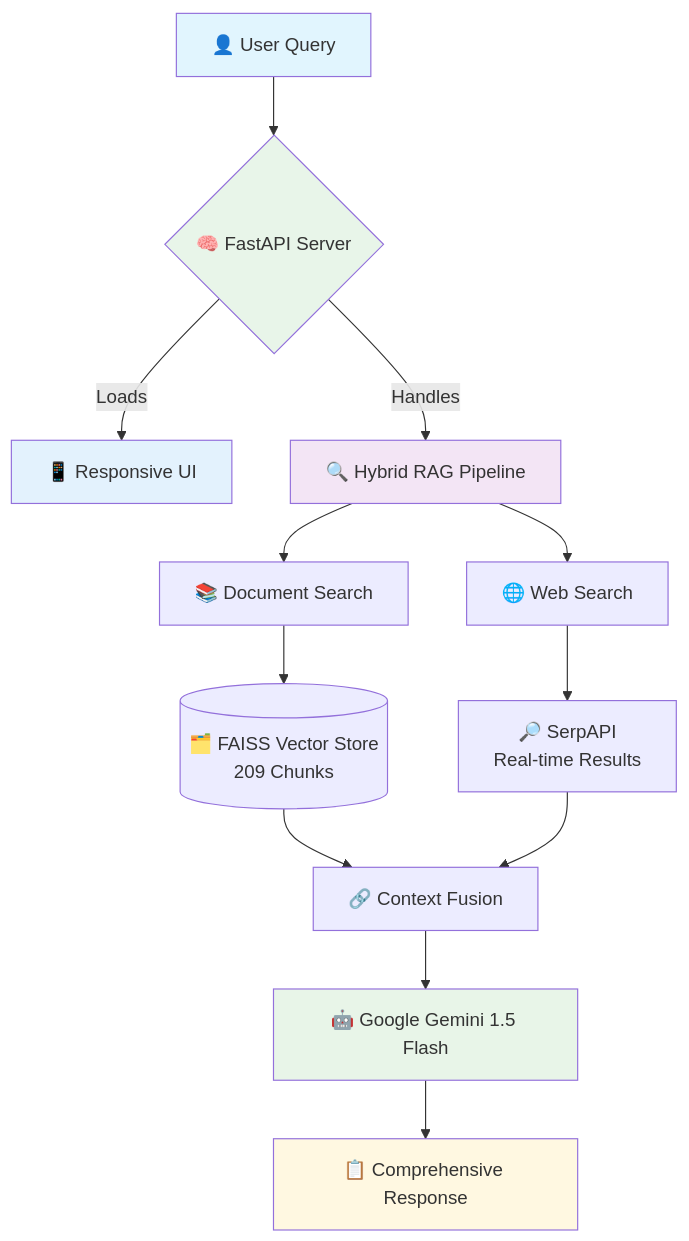
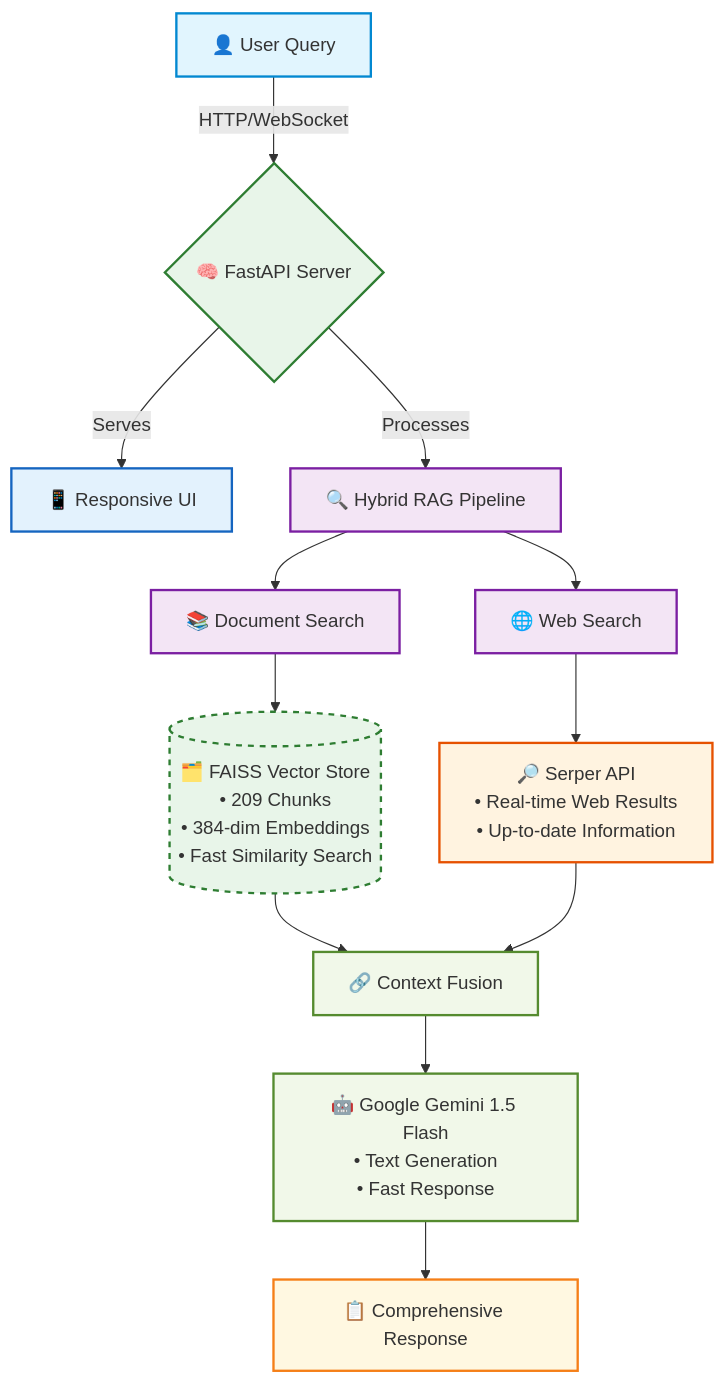
The first of 2 diagrams in README.md (xanderstevenson/cisco-automation-certification-station), drawn with Mermaid before and after one commit. The commit also changed other lines of this file, not shown here.

Commit message:
updated README to mention Serper API instead of SerpAPI

````diff
--- a/README.md
+++ b/README.md
@@ -99,25 +100,42 @@
 ```mermaid
 flowchart TD
-    A[👤 User Query] --> B{🧠 FastAPI Server}
-    B -->|Loads| C[📱 Responsive UI]
-    B -->|Handles| D[🔍 Hybrid RAG Pipeline]
+    %% User Interaction
+    A[👤 User Query] -->|HTTP/WebSocket| B{🧠 FastAPI Server}
     
+    %% Main Processing
+    B -->|Serves| C[📱 Responsive UI]
+    B -->|Processes| D[🔍 Hybrid RAG Pipeline]
+    
+    %% Search Components
     D --> E[📚 Document Search]
     D --> F[🌐 Web Search]
     
-    E --> G[(🗂️ FAISS Vector Store<br/>209 Chunks)]
-    F --> H[🔎 SerpAPI<br/>Real-time Results]
+    %% Data Sources
+    E --> G[(🗂️ FAISS Vector Store<br/>• 209 Chunks<br/>• 384-dim Embeddings<br/>• Fast Similarity Search)]
+    F --> H[🔎 Serper API<br/>• Real-time Web Results<br/>• Up-to-date Information]
     
+    %% Response Generation
     G --> I[🔗 Context Fusion]
     H --> I
-    
-    I --> J[🤖 Google Gemini 1.5 Flash]
+    I --> J[🤖 Google Gemini 1.5 Flash<br/>• Text Generation<br/>• Fast Response]
     J --> K[📋 Comprehensive Response]
     
-    style A fill:#e1f5fe
-    style B fill:#e8f5e9
-    style C fill:#e3f2fd
-    style D fill:#f3e5f5
-    style J fill:#e8f5e8
-    style K fill:#fff8e1
+    %% Styling
+    classDef user fill:#e1f5fe,stroke:#0288d1,stroke-width:2px
+    classDef server fill:#e8f5e9,stroke:#2e7d32,stroke-width:2px
+    classDef ui fill:#e3f2fd,stroke:#1565c0,stroke-width:2px
+    classDef process fill:#f3e5f5,stroke:#7b1fa2,stroke-width:2px
+    classDef storage fill:#e8f5e9,stroke:#2e7d32,stroke-width:2px,stroke-dasharray: 5 5
+    classDef api fill:#fff3e0,stroke:#e65100,stroke-width:2px
+    classDef ai fill:#f1f8e9,stroke:#558b2f,stroke-width:2px
+    classDef response fill:#fff8e1,stroke:#f57f17,stroke-width:2px
+    
+    class A user
+    class B server
+    class C ui
+    class D,E,F process
+    class G storage
+    class H api
+    class I,J ai
+    class K response
 ```
````
